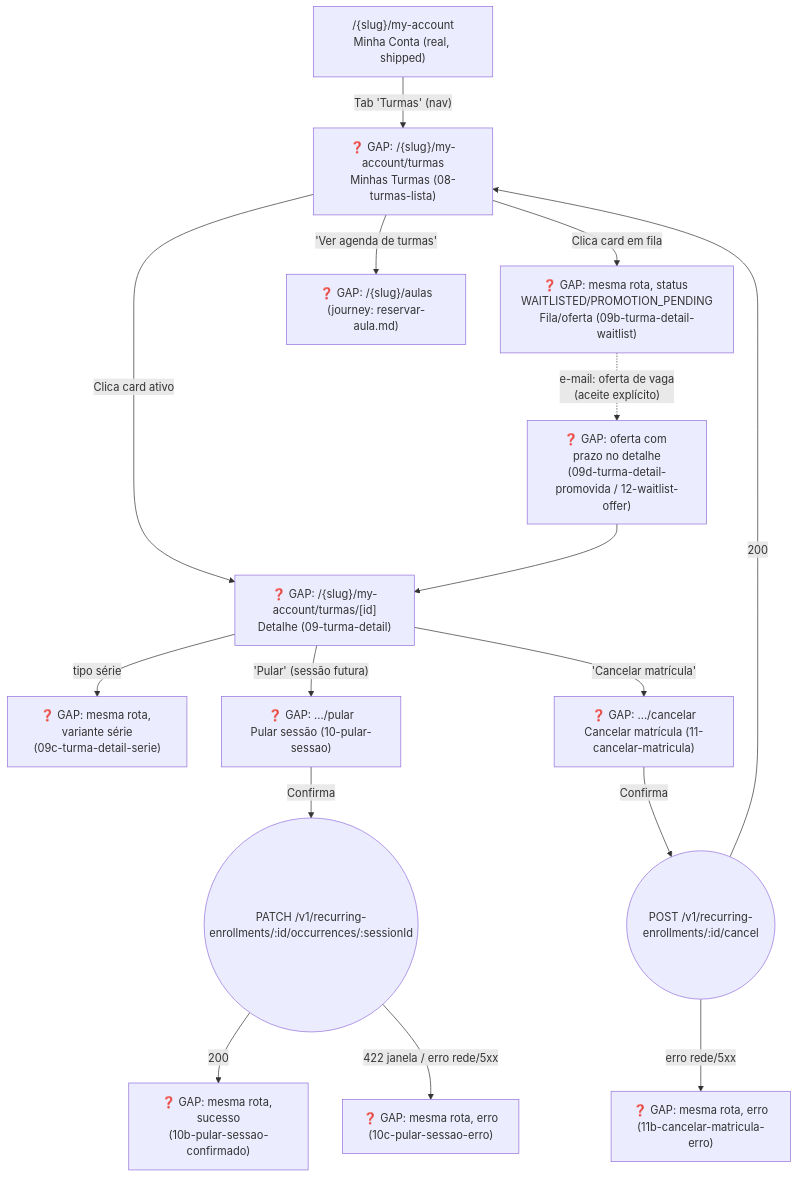
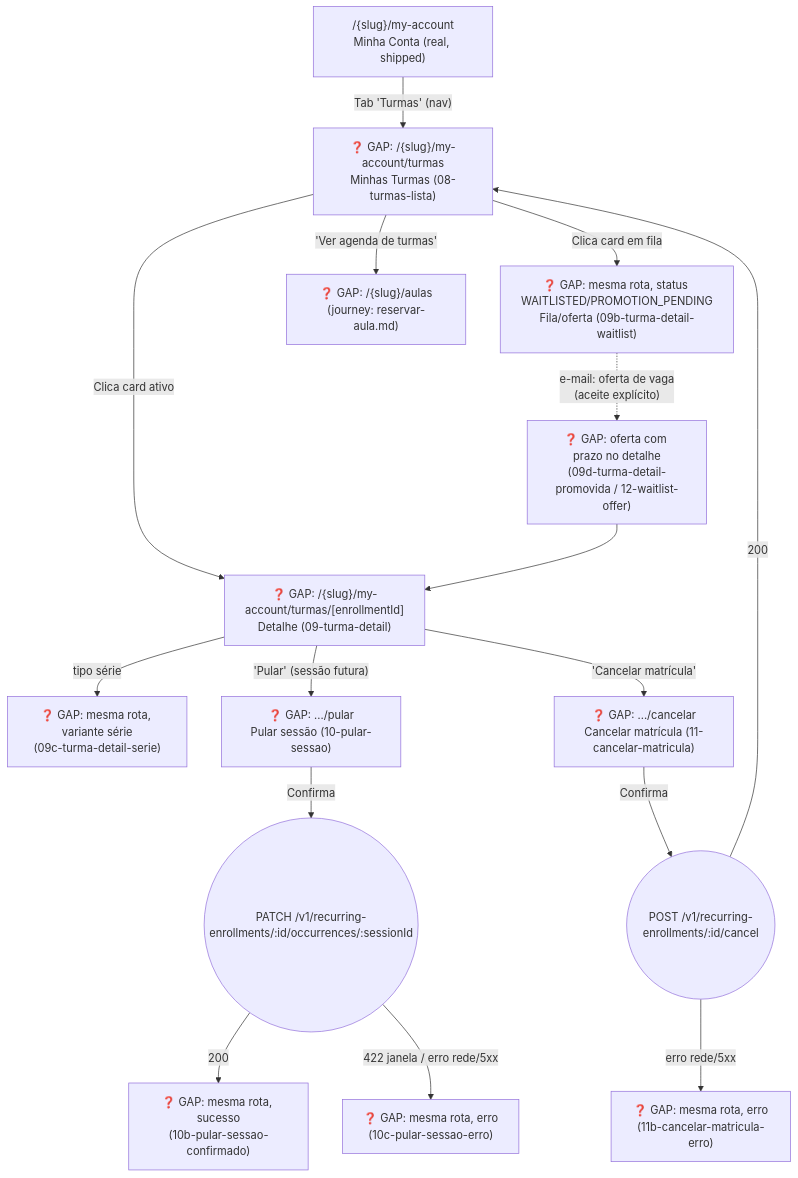
Before and after one commit to lmmoreira/ikaro: the third of 4 diagrams in plan/journey/customer/minha-conta.md, drawn with Mermaid. The commit also changed other lines of this file and 135 other files, not shown here.

````diff
--- a/plan/journey/customer/minha-conta.md
+++ b/plan/journey/customer/minha-conta.md
@@ -204,24 +204,24 @@
 ```mermaid
 flowchart TD
     classDef gap stroke:#f00,stroke-dasharray: 5 5,fill:#fee
 
     MinhaConta["/{slug}/my-account<br/>Minha Conta (real, shipped)"] -->|"Tab 'Turmas' (nav)"| MinhasTurmas["❓ GAP: /{slug}/my-account/turmas<br/>Minhas Turmas (08-turmas-lista)"]
     MinhasTurmas -->|"Clica card ativo"| TurmaDetail
     MinhasTurmas -->|"Clica card em fila"| TurmaWaitlist["❓ GAP: mesma rota, status WAITLISTED/PROMOTION_PENDING<br/>Fila/oferta (09b-turma-detail-waitlist)"]
     MinhasTurmas -->|"'Ver agenda de turmas'"| Catalog["❓ GAP: /{slug}/aulas<br/>(journey: reservar-aula.md)"]
 
-    TurmaDetail["❓ GAP: /{slug}/my-account/turmas/[id]<br/>Detalhe (09-turma-detail)"] -->|"tipo série"| TurmaSerieDetail["❓ GAP: mesma rota, variante série<br/>(09c-turma-detail-serie)"]
+    TurmaDetail["❓ GAP: /{slug}/my-account/turmas/[enrollmentId]<br/>Detalhe (09-turma-detail)"] -->|"tipo série"| TurmaSerieDetail["❓ GAP: mesma rota, variante série<br/>(09c-turma-detail-serie)"]
     TurmaDetail -->|"'Pular' (sessão futura)"| PularSessao
     TurmaDetail -->|"'Cancelar matrícula'"| CancelarMatricula
 
     TurmaWaitlist -.->|"e-mail: oferta de vaga<br/>(aceite explícito)"| Promovida["❓ GAP: oferta com prazo no detalhe<br/>(09d-turma-detail-promovida / 12-waitlist-offer)"]
     Promovida --> TurmaDetail
 
     PularSessao["❓ GAP: .../pular<br/>Pular sessão (10-pular-sessao)"] -->|"Confirma"| PularOk(("PATCH /v1/recurring-enrollments/:id/occurrences/:sessionId"))
     PularOk -->|"200"| PularConfirmado["❓ GAP: mesma rota, sucesso<br/>(10b-pular-sessao-confirmado)"]
     PularOk -->|"422 janela / erro rede/5xx"| PularErro["❓ GAP: mesma rota, erro<br/>(10c-pular-sessao-erro)"]
 
     CancelarMatricula["❓ GAP: .../cancelar<br/>Cancelar matrícula (11-cancelar-matricula)"] -->|"Confirma"| CancelMatriculaCall(("POST /v1/recurring-enrollments/:id/cancel"))
     CancelMatriculaCall -->|"200"| MinhasTurmas
     CancelMatriculaCall -->|"erro rede/5xx"| CancelMatriculaErro["❓ GAP: mesma rota, erro<br/>(11b-cancelar-matricula-erro)"]
 ```
````
